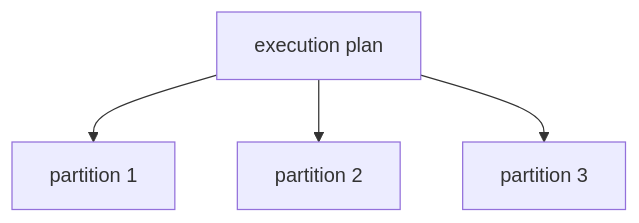
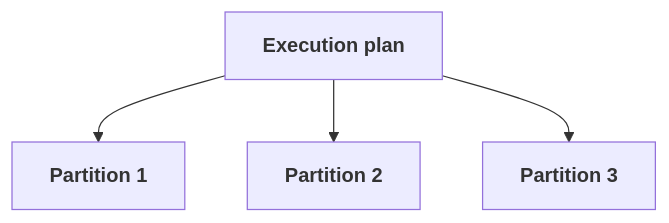
The second of 5 diagrams in docs/execution/environments.md (FAST-HEP/fasthep-flow), drawn with Mermaid before and after one commit. The commit also changed other lines of this file and 7 other files, not shown here.

````diff
--- a/docs/execution/environments.md
+++ b/docs/execution/environments.md
@@ -156,12 +161,12 @@
 ```{mermaid}
 flowchart TD
-    Plan["execution plan"]
+    Plan["<b>Execution plan</b>"]:::plan
 
-    P1["partition 1"]
-    P2["partition 2"]
-    P3["partition 3"]
+    P1["<b>Partition 1</b>"]:::input
+    P2["<b>Partition 2</b>"]:::input
+    P3["<b>Partition 3</b>"]:::input
 
     Plan --> P1
     Plan --> P2
     Plan --> P3
 ```
````
